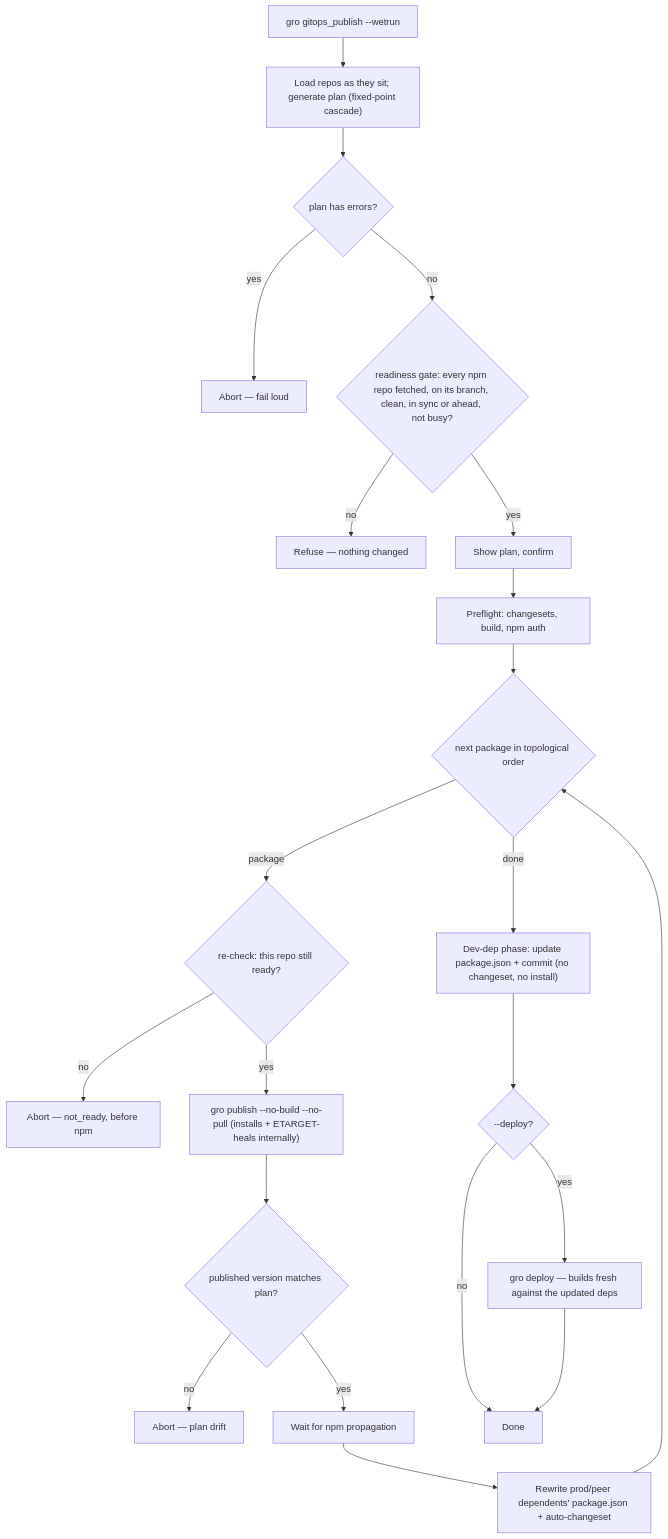
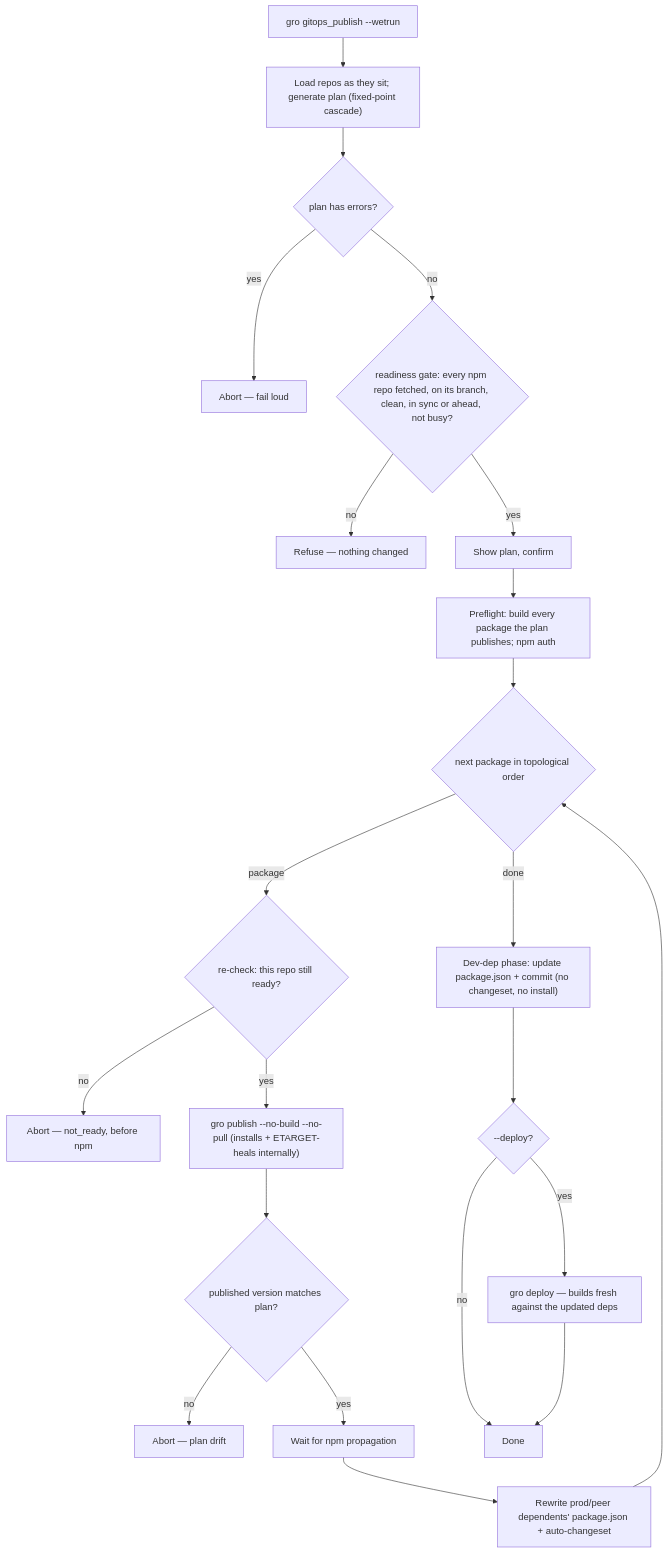
Before and after one commit to fuzdev/fuz_gitops: the diagram in docs/publishing.md, drawn with Mermaid. The commit also changed other lines of this file and 18 other files, not shown here.

Commit message:
fix: preflight builds what the plan publishes; dead npm, event, preflight code removed

````diff
--- a/docs/publishing.md
+++ b/docs/publishing.md
@@ -189,24 +189,24 @@
 ```mermaid
 flowchart TD
     A["gro gitops_publish --wetrun"] --> B["Load repos as they sit; generate plan (fixed-point cascade)"]
     B --> C{"plan has errors?"}
     C -->|yes| X["Abort — fail loud"]
     C -->|no| R{"readiness gate: every npm repo fetched, on its branch, clean, in sync or ahead, not busy?"}
     R -->|no| W["Refuse — nothing changed"]
     R -->|yes| P["Show plan, confirm"]
-    P --> D["Preflight: changesets, build, npm auth"]
+    P --> D["Preflight: build every package the plan publishes; npm auth"]
     D --> E{"next package in topological order"}
     E -->|package| Q{"re-check: this repo still ready?"}
     Q -->|no| V["Abort — not_ready, before npm"]
     Q -->|yes| H["gro publish --no-build --no-pull (installs + ETARGET-heals internally)"]
     H --> I{"published version matches plan?"}
     I -->|no| Y["Abort — plan drift"]
     I -->|yes| J["Wait for npm propagation"]
     J --> K["Rewrite prod/peer dependents' package.json + auto-changeset"]
     K --> E
     E -->|done| L["Dev-dep phase: update package.json + commit (no changeset, no install)"]
     L --> M{"--deploy?"}
     M -->|yes| N["gro deploy — builds fresh against the updated deps"]
     M -->|no| Z["Done"]
     N --> Z
 ```
````
